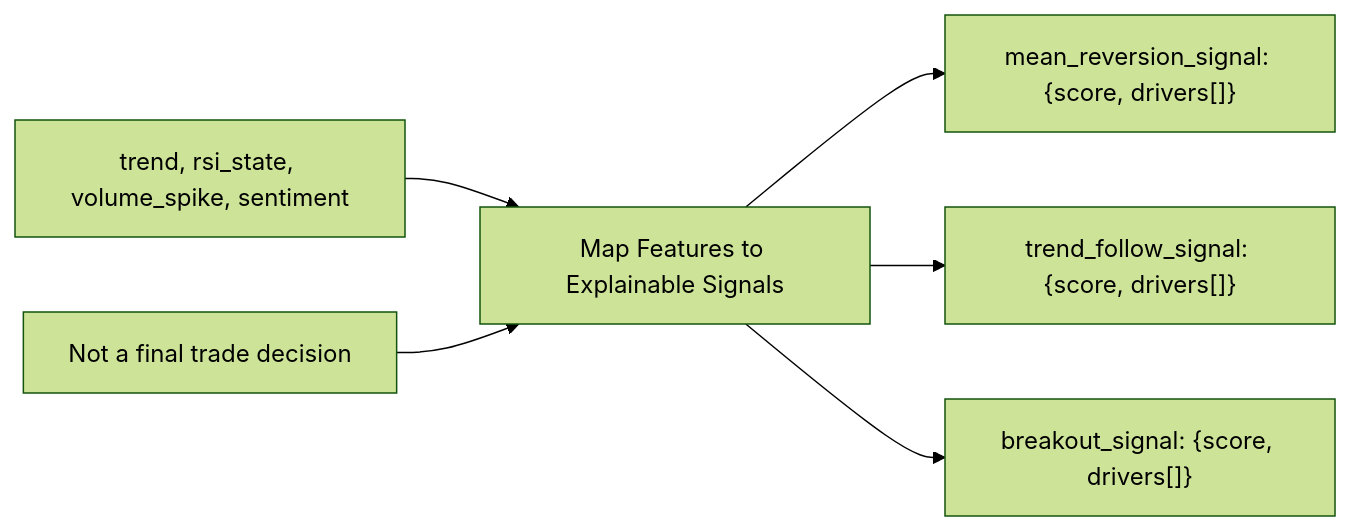
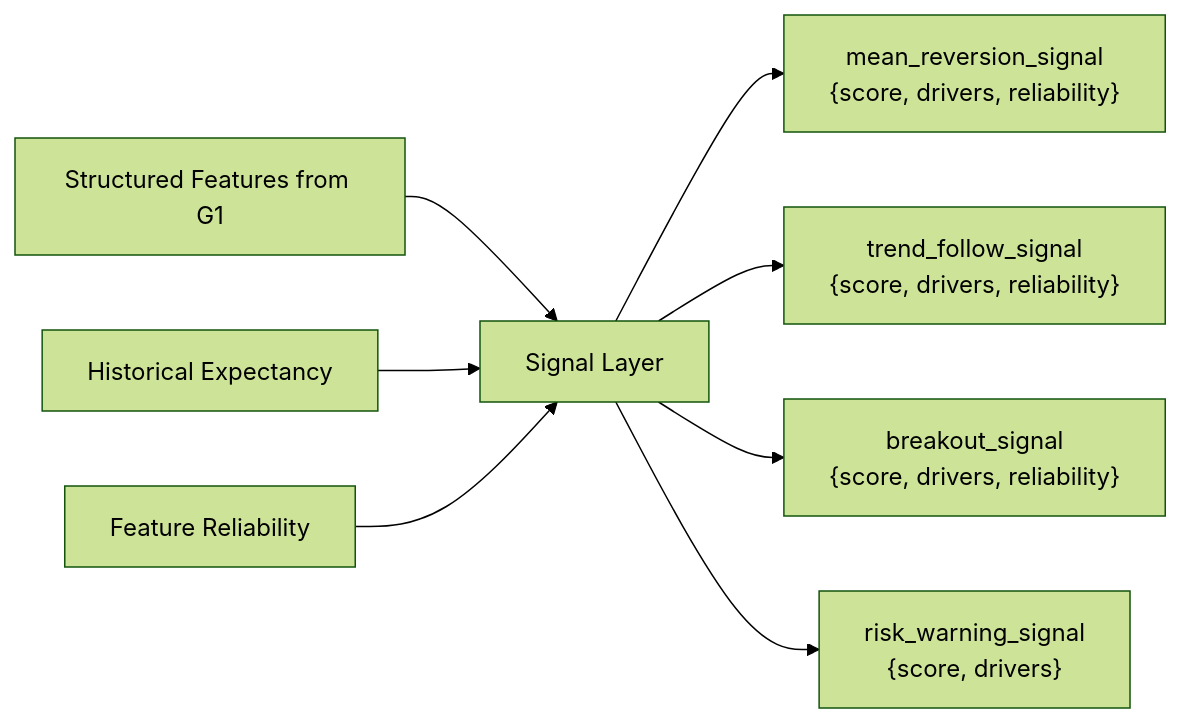
The fifth of 9 diagrams in README.md (Yuqian-He/agentic-trading-workflow), drawn with Mermaid (forest theme) before and after one commit. The commit also changed other lines of this file, not shown here.

````diff
--- a/README.md
+++ b/README.md
@@ -78,8 +109,12 @@
 ```mermaid
 graph LR
-    F1["trend, rsi_state, volume_spike, sentiment"] --> G2
-    G2[Map Features to Explainable Signals] --> S1["mean_reversion_signal: {score, drivers[]}"]
-    G2 --> S2["trend_follow_signal: {score, drivers[]}"]
-    G2 --> S3["breakout_signal: {score, drivers[]}"]
-    N[Not a final trade decision] --> G2
+    F[Structured Features from G1] --> G2[Signal Layer]
+
+    G2 --> S1["mean_reversion_signal<br/>{score, drivers, reliability}"]
+    G2 --> S2["trend_follow_signal<br/>{score, drivers, reliability}"]
+    G2 --> S3["breakout_signal<br/>{score, drivers, reliability}"]
+    G2 --> S4["risk_warning_signal<br/>{score, drivers}"]
+
+    H[Historical Expectancy] --> G2
+    R[Feature Reliability] --> G2
 ```
````
